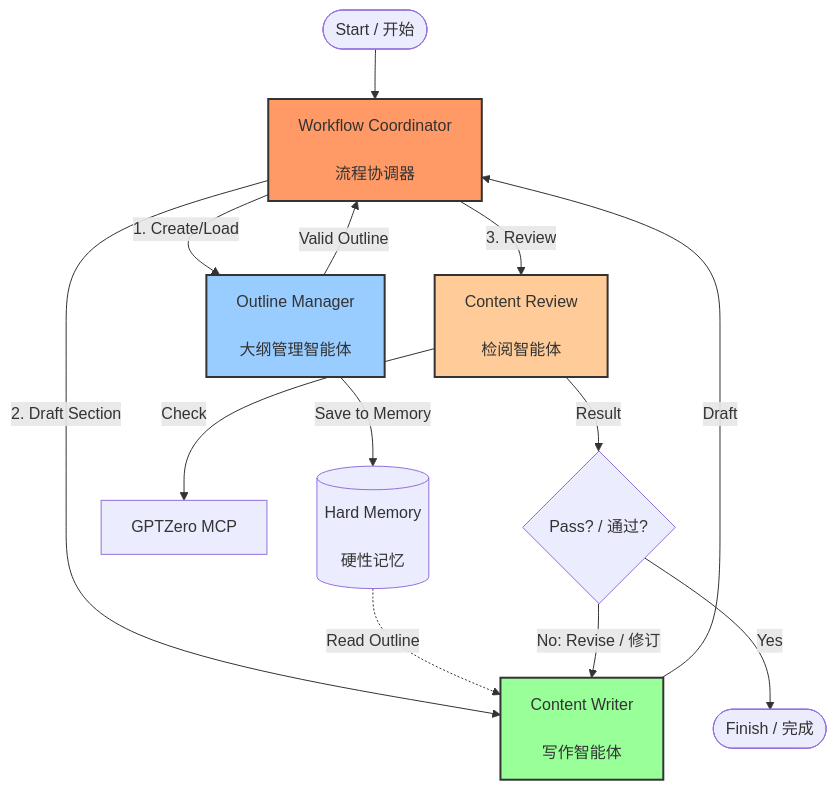
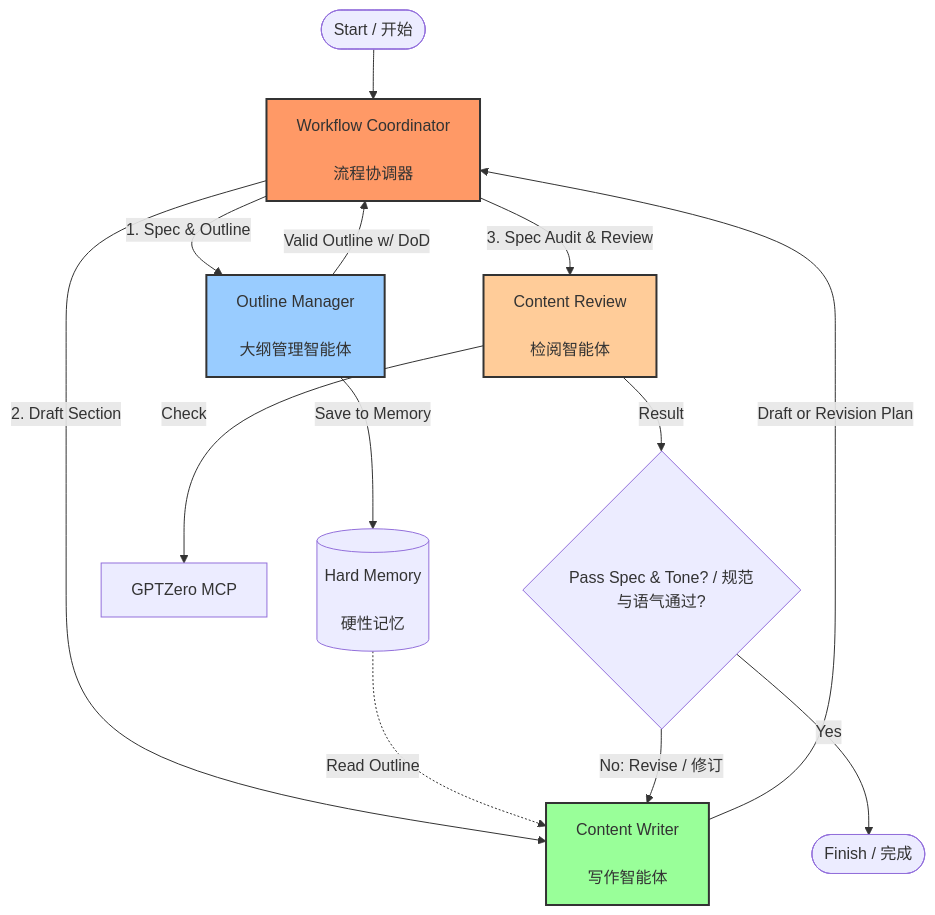
The second of 2 diagrams in README.md (haolinwang1313/Substantive-Editing), drawn with Mermaid before and after one commit. The commit also changed other lines of this file and 8 other files, not shown here.

````diff
--- a/README.md
+++ b/README.md
@@ -444,30 +456,30 @@
 ```mermaid
 graph TD
     Start([Start / 开始]) --> Coordinator[Workflow Coordinator
     <br />流程协调器]
     
-    Coordinator -->|1. Create/Load| OutlineMgr[Outline Manager
+    Coordinator -->|1. Spec & Outline| OutlineMgr[Outline Manager
     <br />大纲管理智能体]
     OutlineMgr -->|Save to Memory| HardMem[(Hard Memory
     <br />硬性记忆)]
-    OutlineMgr -->|Valid Outline| Coordinator
+    OutlineMgr -->|Valid Outline w/ DoD| Coordinator
     
     Coordinator -->|2. Draft Section| Writer[Content Writer
     <br />写作智能体]
     HardMem -.->|Read Outline| Writer
-    Writer -->|Draft| Coordinator
+    Writer -->|Draft or Revision Plan| Coordinator
     
-    Coordinator -->|3. Review| Reviewer[Content Review
+    Coordinator -->|3. Spec Audit & Review| Reviewer[Content Review
     <br />检阅智能体]
     Reviewer -->|Check| MCP[GPTZero MCP]
     
-    Reviewer -->|Result| Decision{Pass? / 通过?}
+    Reviewer -->|Result| Decision{Pass Spec & Tone? / 规范与语气通过?}
     
     Decision -->|Yes| Finish([Finish / 完成])
     Decision -->|No: Revise / 修订| Writer
     
     style Coordinator fill:#f96,stroke:#333,stroke-width:2px
     style OutlineMgr fill:#9cf,stroke:#333,stroke-width:2px
     style Writer fill:#9f9,stroke:#333,stroke-width:2px
     style Reviewer fill:#fc9,stroke:#333,stroke-width:2px
 ```
````
